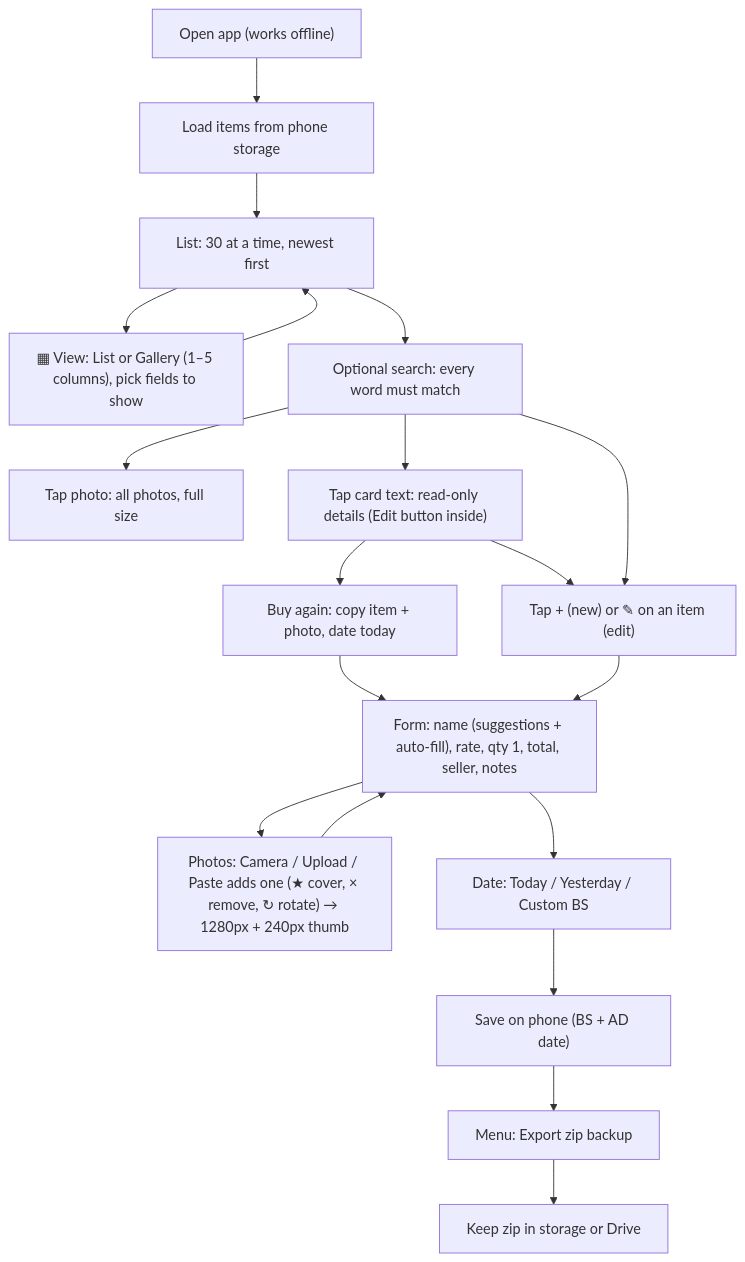
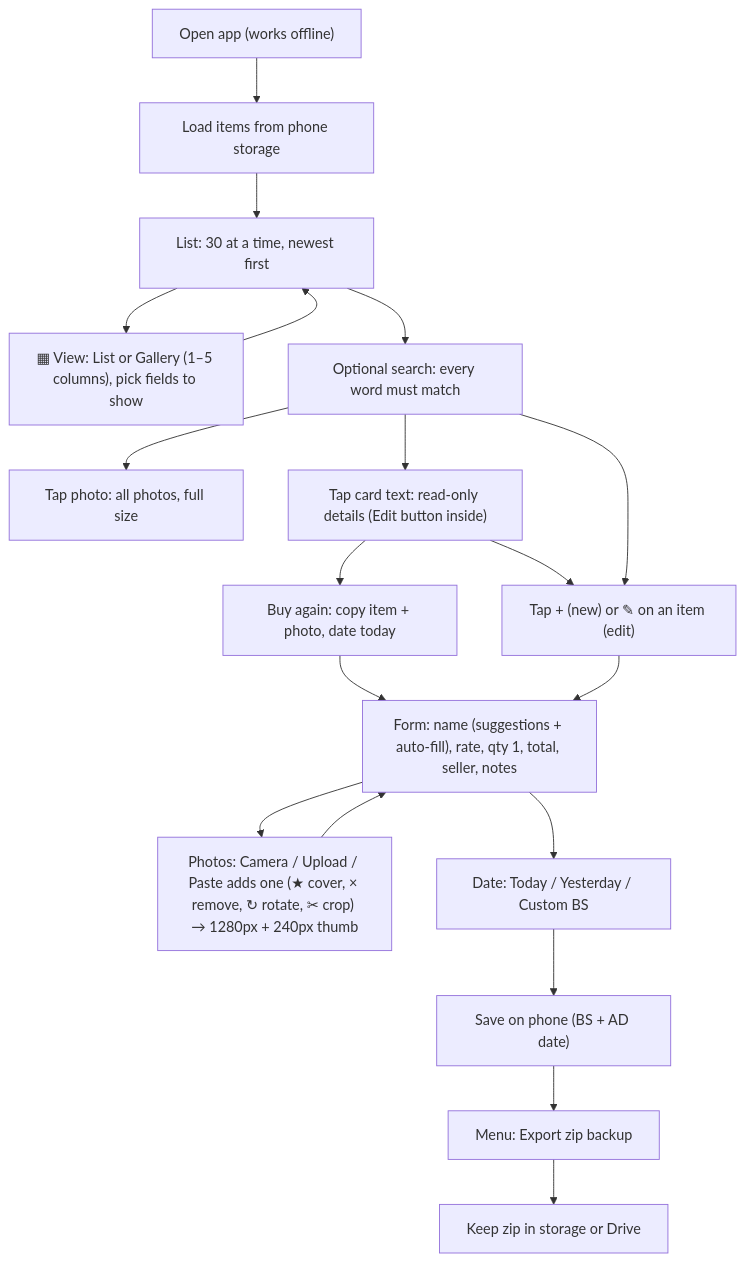
One commit to bibek-maharjan/purchases-app changed the diagram in purchases-flow.mmd. Above: the diagram before and after it, drawn with Mermaid. The commit also changed 5 other files, not shown here.

Commit message:
v19: crop photos in the editor (✂)

```diff
--- a/purchases-flow.mmd
+++ b/purchases-flow.mmd
@@ -1,19 +1,19 @@
 flowchart TD
     A["Open app (works offline)"] --> B["Load items from phone storage"]
     B --> C["List: 30 at a time, newest first"]
     C --> V["▦ View: List or Gallery (1–5 columns), pick fields to show"]
     V --> C
     C --> D["Optional search: every word must match"]
     D --> P["Tap photo: all photos, full size"]
     D --> R["Tap card text: read-only details (Edit button inside)"]
     R --> E
     R --> BA["Buy again: copy item + photo, date today"]
     BA --> G
     D --> E["Tap + (new) or ✎ on an item (edit)"]
     E --> G["Form: name (suggestions + auto-fill), rate, qty 1, total, seller, notes"]
-    G --> F["Photos: Camera / Upload / Paste adds one (★ cover, × remove, ↻ rotate) → 1280px + 240px thumb"]
+    G --> F["Photos: Camera / Upload / Paste adds one (★ cover, × remove, ↻ rotate, ✂ crop) → 1280px + 240px thumb"]
     F --> G
     G --> H["Date: Today / Yesterday / Custom BS"]
     H --> I["Save on phone (BS + AD date)"]
     I --> J["Menu: Export zip backup"]
     J --> K["Keep zip in storage or Drive"]
```
